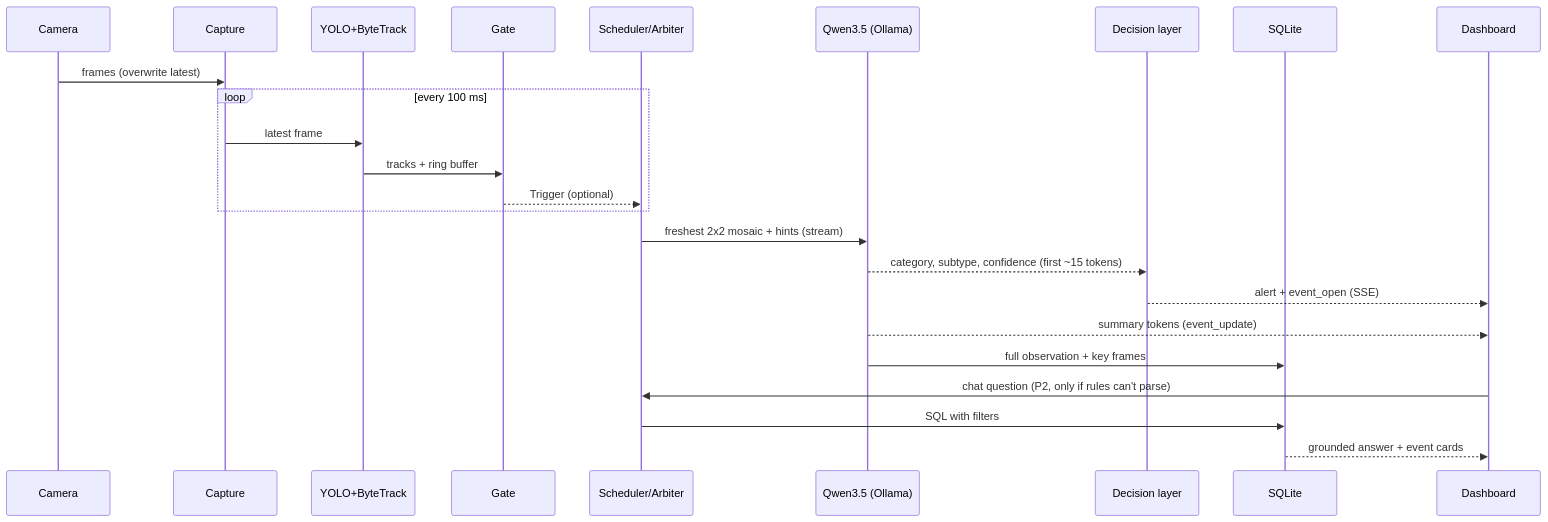
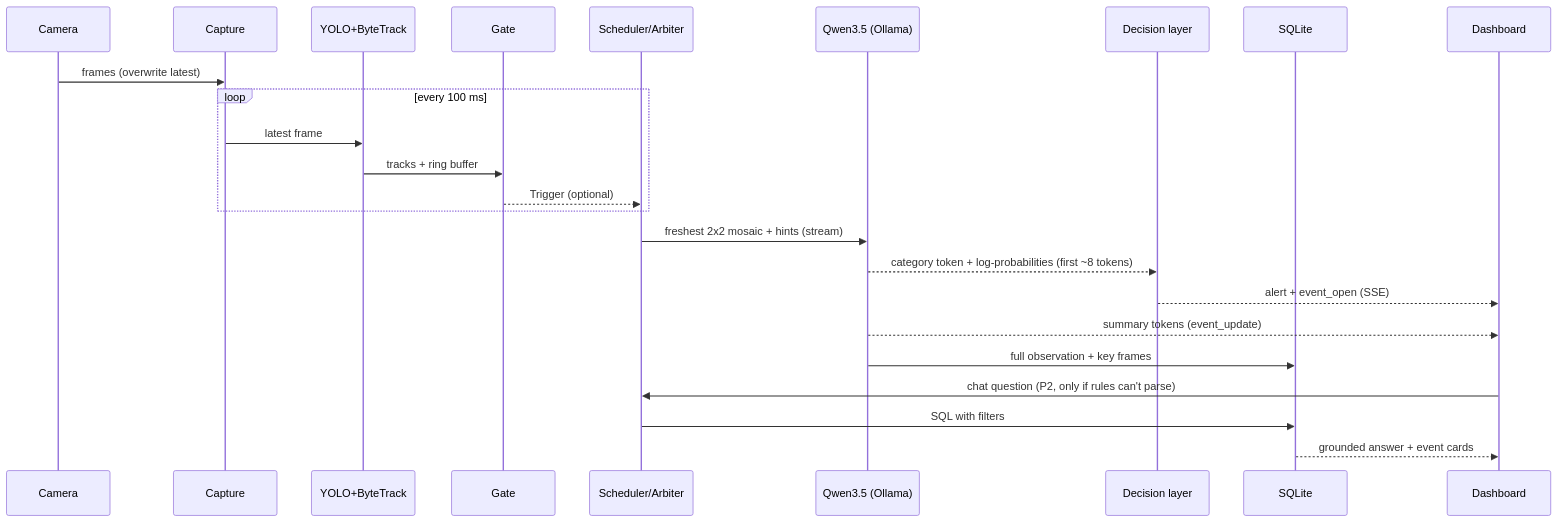
Before and after one commit to rriddhijain/HackHive_Ctrl-Z: the diagram in SPEC.md, drawn with Mermaid. The commit also changed other lines of this file and 1 other file, not shown here.

Commit message:
SPEC v1.2: log-prob confidence and probability-based event rules; P0 results applied

````diff
--- a/SPEC.md
+++ b/SPEC.md
@@ -130,26 +131,26 @@
 ```mermaid
 sequenceDiagram
   participant Cam as Camera
   participant Cap as Capture
   participant Det as YOLO+ByteTrack
   participant Gate as Gate
   participant Sch as Scheduler/Arbiter
   participant VLM as Qwen3.5 (Ollama)
   participant Dec as Decision layer
   participant DB as SQLite
   participant UI as Dashboard
   Cam->>Cap: frames (overwrite latest)
   loop every 100 ms
     Cap->>Det: latest frame
     Det->>Gate: tracks + ring buffer
     Gate-->>Sch: Trigger (optional)
   end
   Sch->>VLM: freshest 2x2 mosaic + hints (stream)
-  VLM-->>Dec: category, subtype, confidence (first ~15 tokens)
+  VLM-->>Dec: category token + log-probabilities (first ~8 tokens)
   Dec-->>UI: alert + event_open (SSE)
   VLM-->>UI: summary tokens (event_update)
   VLM->>DB: full observation + key frames
   UI->>Sch: chat question (P2, only if rules can't parse)
   Sch->>DB: SQL with filters
   DB-->>UI: grounded answer + event cards
 ```
````
